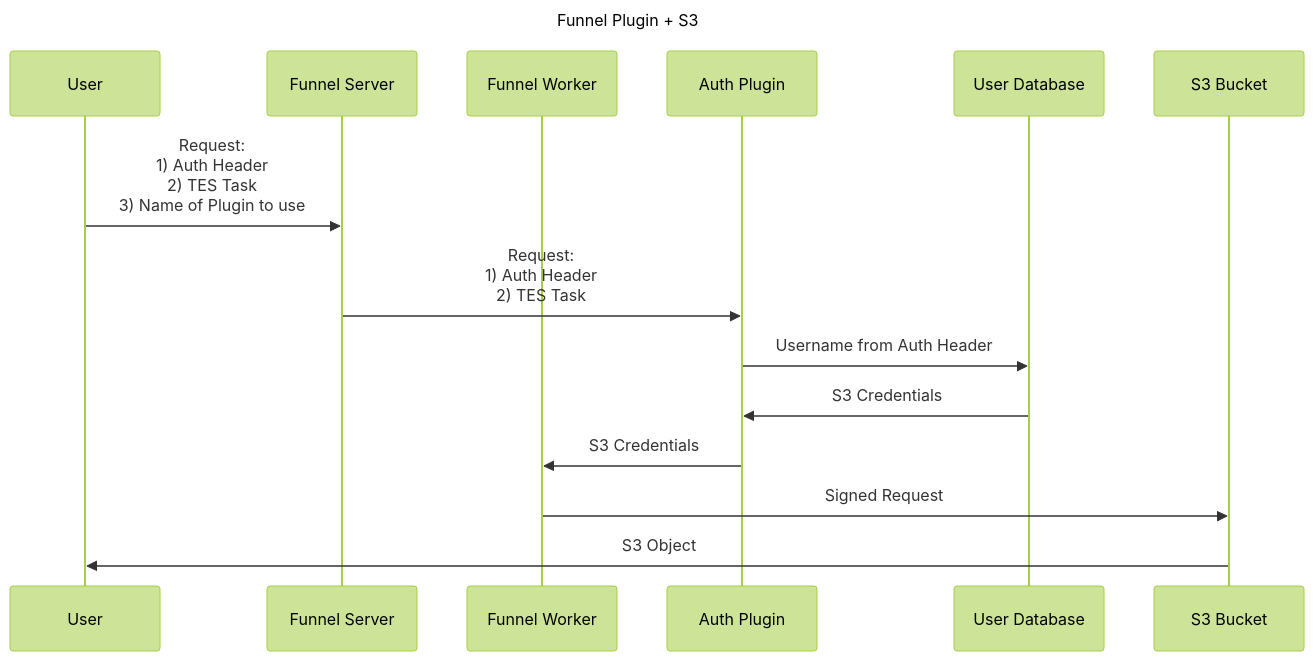
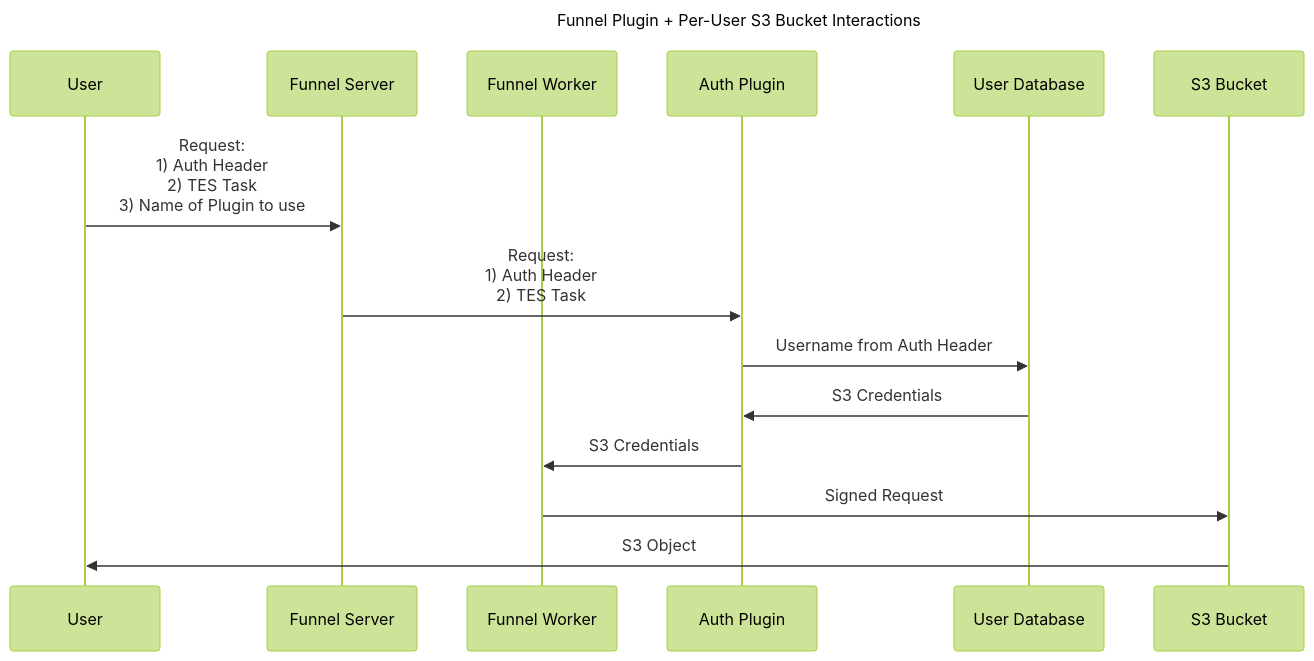
The diagram in README.md (ohsu-comp-bio/funnel-plugins), drawn with Mermaid (forest theme) before and after one commit.

Commit message:
Update README.md
no ci

````diff
--- a/README.md
+++ b/README.md
@@ -84,19 +84,19 @@
 ```mermaid
 sequenceDiagram
-    title Funnel Plugin + S3
+    title Funnel Plugin + Per-User S3 Bucket Interactions
 
     participant User
     participant FunnelServer as Funnel Server
     participant FunnelWorker as Funnel Worker
     participant AuthPlugin as Auth Plugin
     participant UserDB as User Database
     participant S3Bucket as S3 Bucket
 
     User->>FunnelServer: Request:<br/>1) Auth Header<br/>2) TES Task<br/>3) Name of Plugin to use
     FunnelServer->>AuthPlugin: Request:<br/>1) Auth Header<br/>2) TES Task
     AuthPlugin->>UserDB: Username from Auth Header
     UserDB->>AuthPlugin: S3 Credentials
     AuthPlugin->>FunnelWorker: S3 Credentials
     FunnelWorker->>S3Bucket: Signed Request
     S3Bucket->>User: S3 Object
 ```
````
